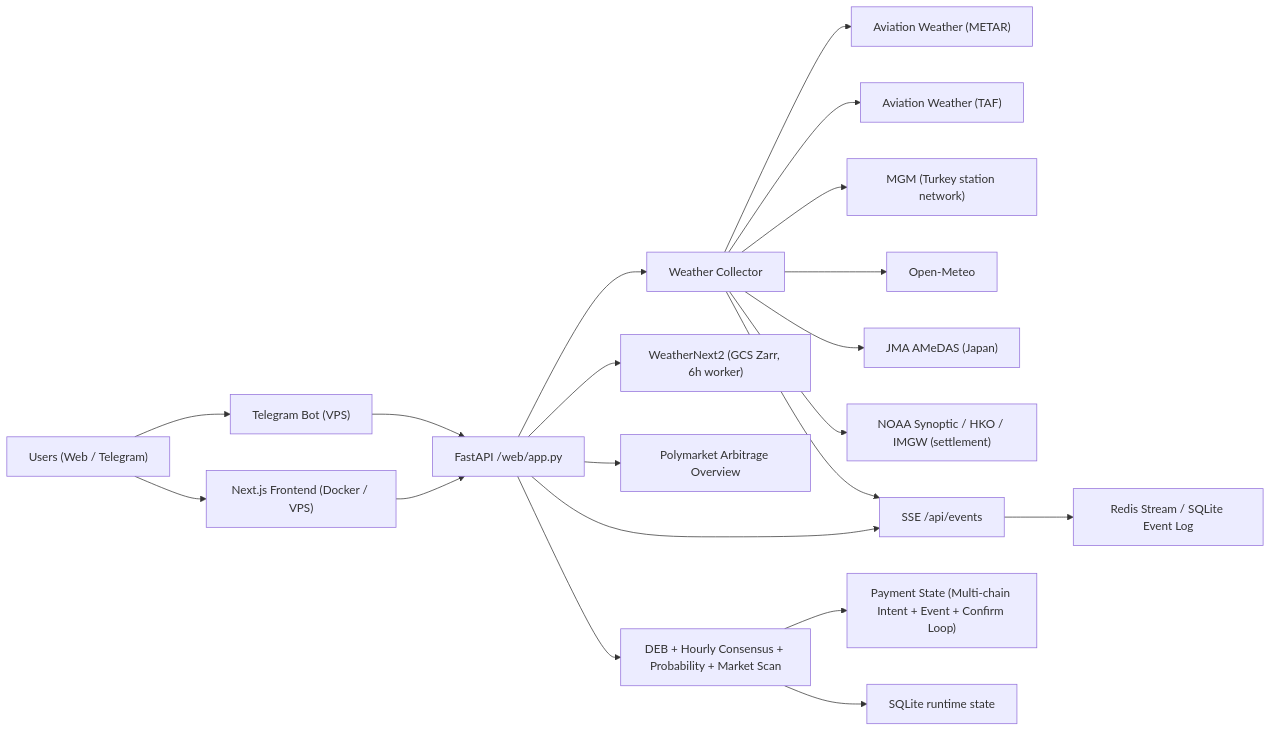
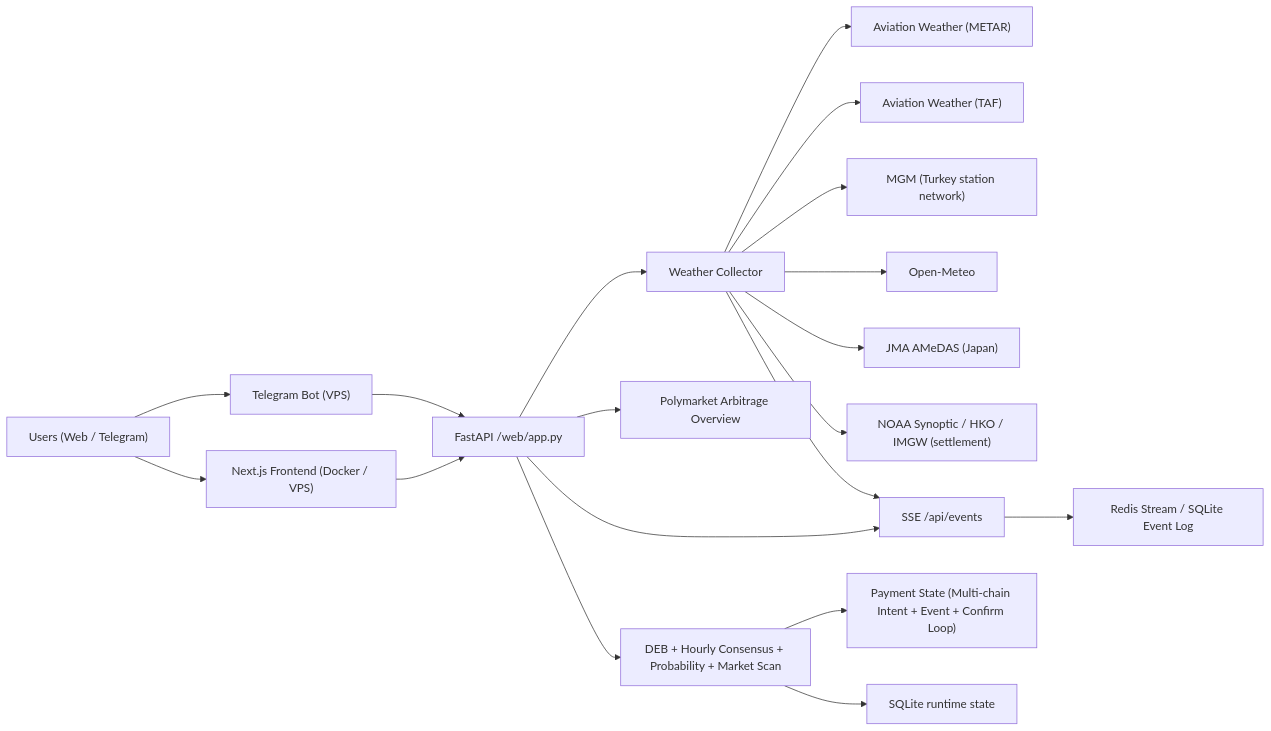
Before and after one commit to Night-Etrenal/AT-PolyWeather: the diagram in README.md, drawn with Mermaid. The commit also changed other lines of this file and 35 other files, not shown here.

Commit message:
移除 Google WeatherNext2：worker/数据源/校准/前端面板整套下线，NOAA 结算数据改免费 aviationweather

````diff
--- a/README.md
+++ b/README.md
@@ -88,24 +88,23 @@
 ```mermaid
 flowchart LR
     U["Users (Web / Telegram)"] --> FE["Next.js Frontend (Docker / VPS)"]
     U --> BOT["Telegram Bot (VPS)"]
     FE --> API["FastAPI /web/app.py"]
     BOT --> API
 
     API --> WX["Weather Collector"]
     WX --> METAR["Aviation Weather (METAR)"]
     WX --> TAF["Aviation Weather (TAF)"]
     WX --> MGM["MGM (Turkey station network)"]
     WX --> OM["Open-Meteo"]
     WX --> JMA["JMA AMeDAS (Japan)"]
     WX --> SETTLE["NOAA Synoptic / HKO / IMGW (settlement)"]
 
-    API --> WX2["WeatherNext2 (GCS Zarr, 6h worker)"]
     API --> ARB["Polymarket Arbitrage Overview"]
     API --> ANA["DEB + Hourly Consensus + Probability + Market Scan"]
     API --> SSE["SSE /api/events"]
     WX --> SSE
     SSE --> EVENT["Redis Stream / SQLite Event Log"]
     ANA --> PAY["Payment State (Multi-chain Intent + Event + Confirm Loop)"]
     ANA --> STATE["SQLite runtime state"]
 ```
````
